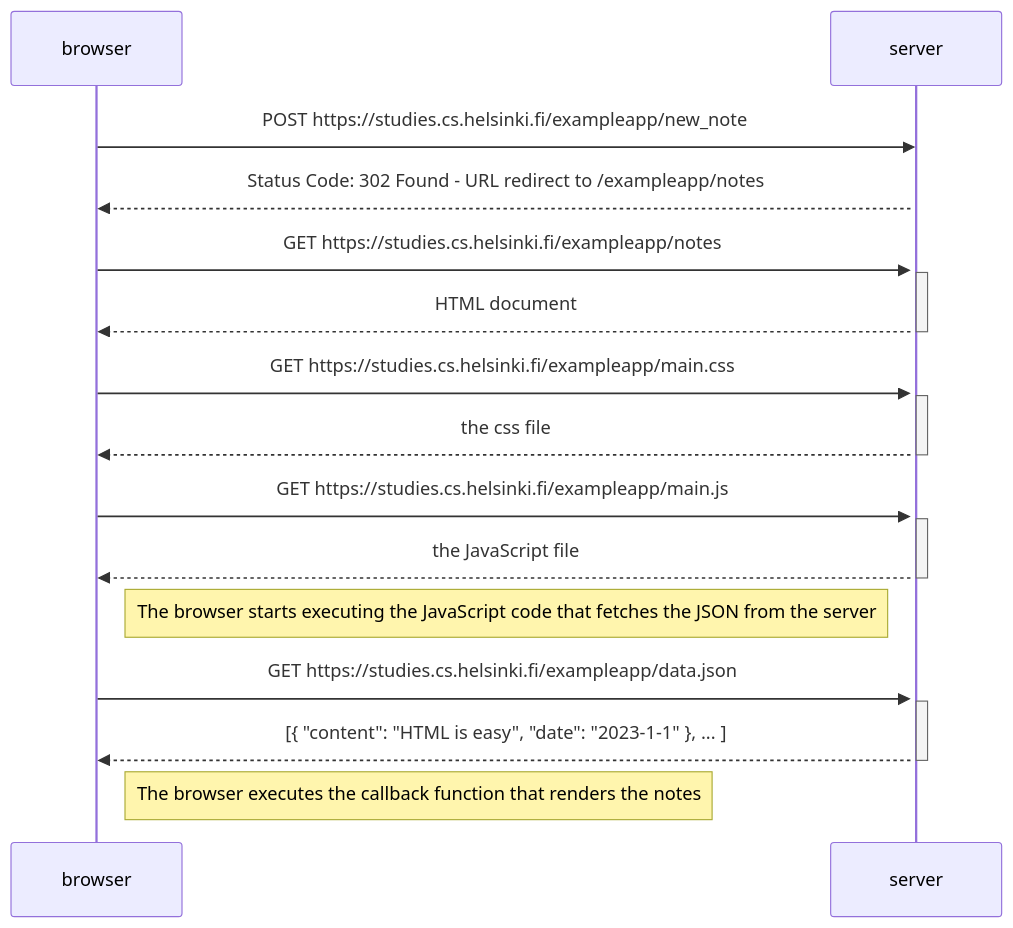
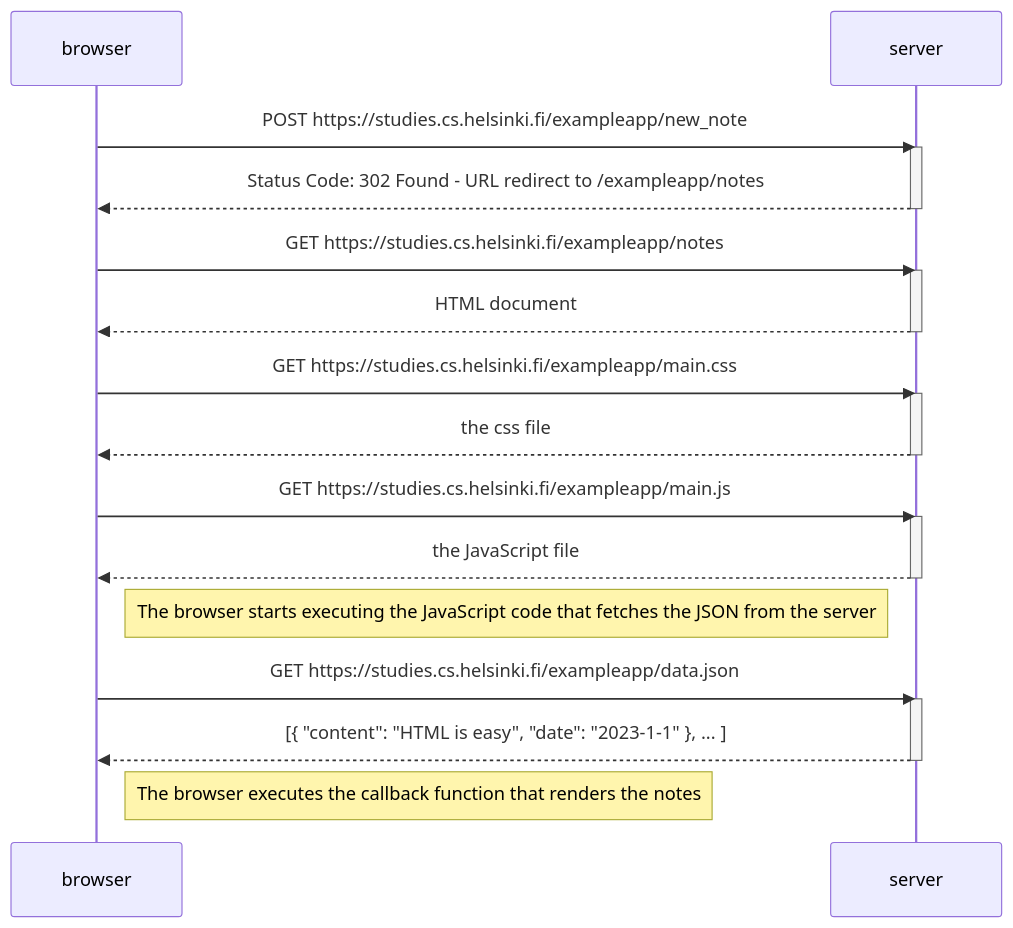
Before and after one commit to zsombor-haasz/fullstackopen: the diagram in part0/ex0.4.md, drawn with Mermaid.

````diff
--- a/part0/ex0.4.md
+++ b/part0/ex0.4.md
@@ -1,33 +1,34 @@
 ```mermaid
 sequenceDiagram
     participant browser
     participant server
 
     browser->>server: POST https://studies.cs.helsinki.fi/exampleapp/new_note
     activate server
     server-->>browser: Status Code: 302 Found - URL redirect to /exampleapp/notes
-
+    deactivate server
+    
     browser->>server: GET https://studies.cs.helsinki.fi/exampleapp/notes
     activate server
     server-->>browser: HTML document
     deactivate server
 
     browser->>server: GET https://studies.cs.helsinki.fi/exampleapp/main.css
     activate server
     server-->>browser: the css file
     deactivate server
 
     browser->>server: GET https://studies.cs.helsinki.fi/exampleapp/main.js
     activate server
     server-->>browser: the JavaScript file
     deactivate server
 
     Note right of browser: The browser starts executing the JavaScript code that fetches the JSON from the server
 
     browser->>server: GET https://studies.cs.helsinki.fi/exampleapp/data.json
     activate server
     server-->>browser: [{ "content": "HTML is easy", "date": "2023-1-1" }, ... ]
     deactivate server
 
     Note right of browser: The browser executes the callback function that renders the notes
 ```
````
